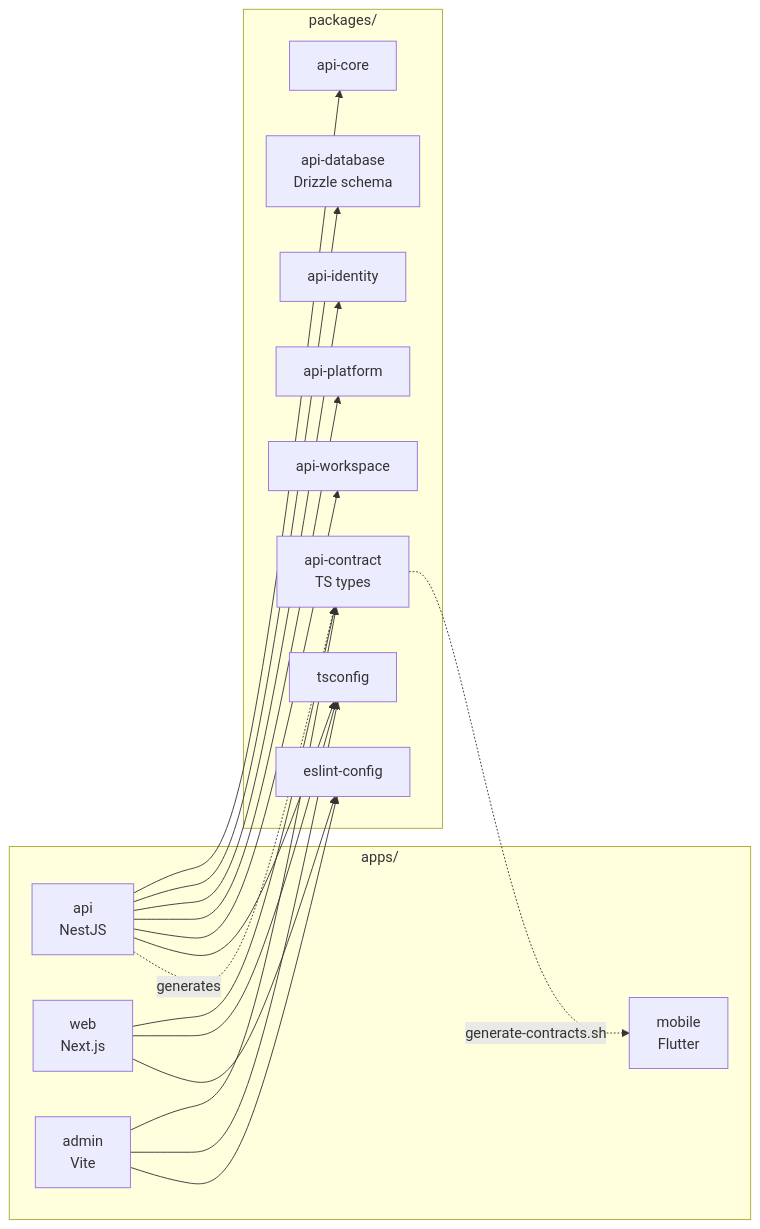
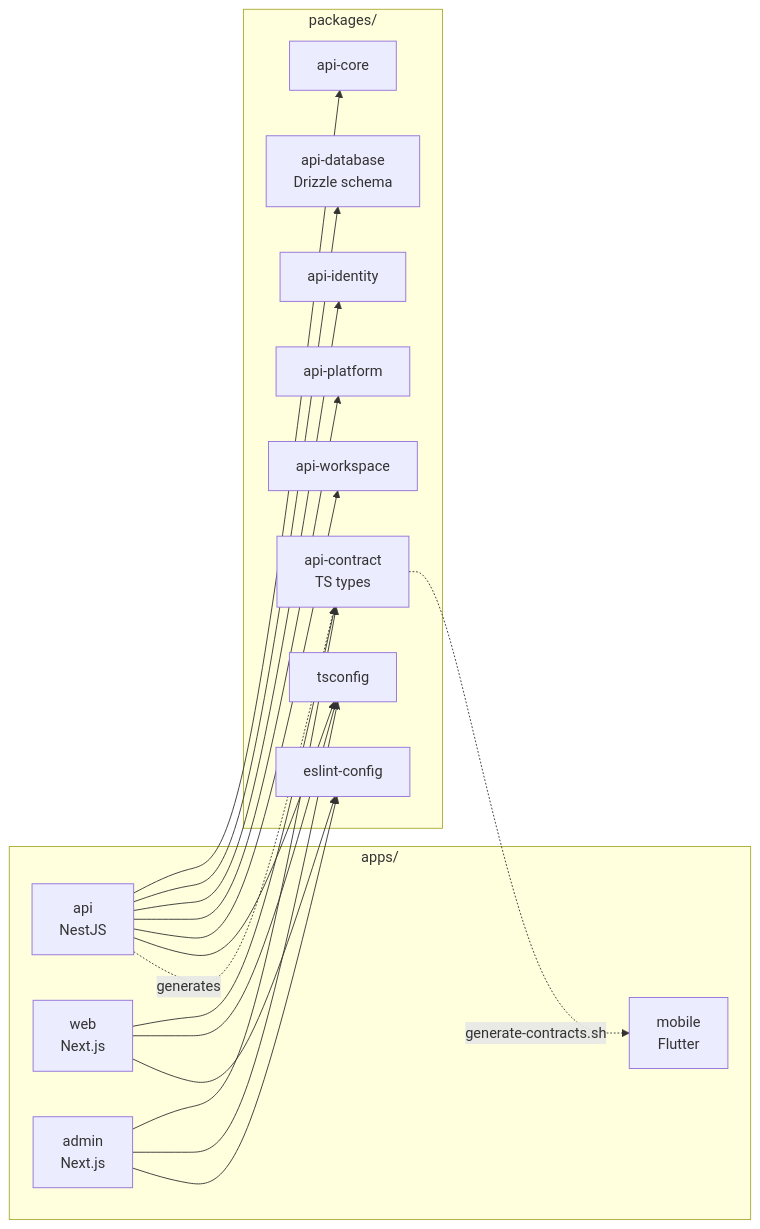
Before and after one commit to 2tsoftwareapp/super-template: the fourth of 6 diagrams in docs/architecture.md, drawn with Mermaid. The commit also changed other lines of this file and 246 other files, not shown here.

````diff
--- a/docs/architecture.md
+++ b/docs/architecture.md
@@ -265,35 +269,35 @@
 ```mermaid
 graph LR
     subgraph apps["apps/"]
         API["api\nNestJS"]
         Web["web\nNext.js"]
-        Admin["admin\nVite"]
+        Admin["admin\nNext.js"]
         Mobile["mobile\nFlutter"]
     end
 
     subgraph packages["packages/"]
         Contract["api-contract\nTS types"]
         Database["api-database\nDrizzle schema"]
         Core["api-core"]
         Identity["api-identity"]
         Platform["api-platform"]
         Workspace["api-workspace"]
         TSConf["tsconfig"]
         ESConf["eslint-config"]
     end
 
     API --> Core
     API --> Database
     API --> Identity
     API --> Platform
     API --> Workspace
     Web --> Contract
     Admin --> Contract
     Web --> TSConf
     Admin --> TSConf
     API --> TSConf
     Web --> ESConf
     Admin --> ESConf
     API -.->|"generates"| Contract
     Contract -.->|"generate-contracts.sh"| Mobile
 ```
````
